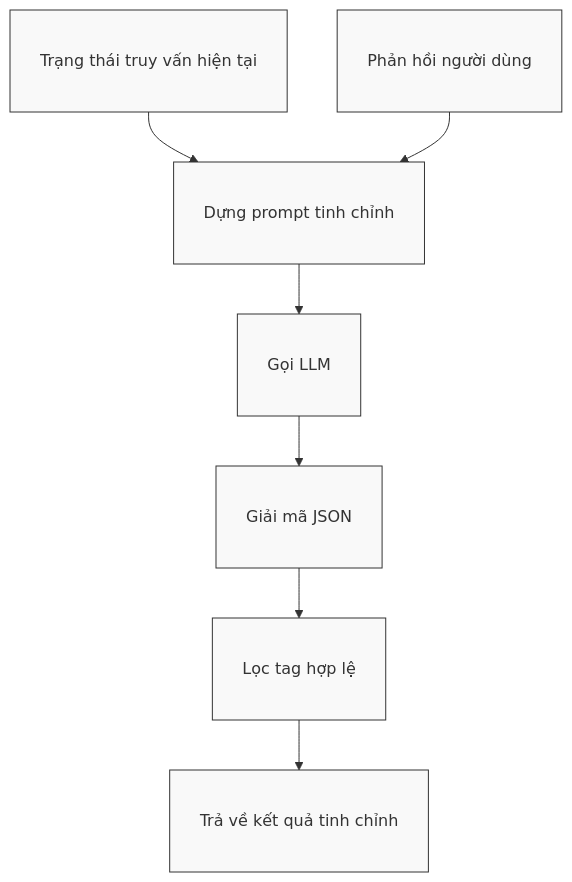
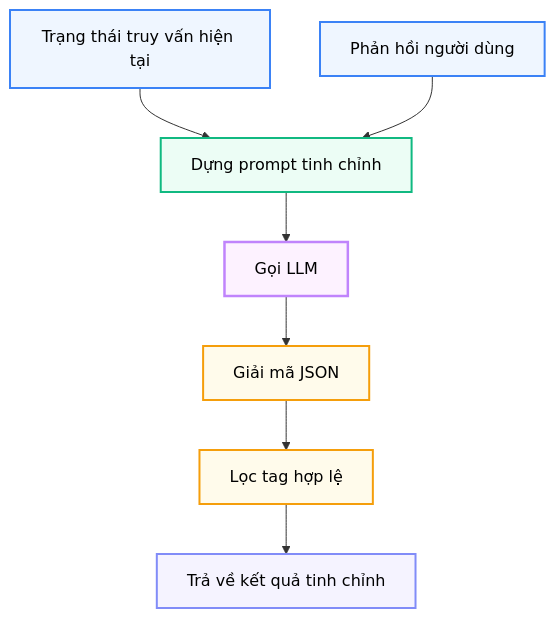
The diagram in docs/modules/n17_feedback_processing.md (ltk6/travel-exp-planner), drawn with Mermaid before and after one commit. The commit also changed 70 other files, not shown here.

````diff
--- a/docs/modules/n17_feedback_processing.md
+++ b/docs/modules/n17_feedback_processing.md
@@ -80,15 +80,16 @@
 ```mermaid
----
-config:
-  flowchart:
-    useMaxWidth: false
----
+%%{init: {'flowchart': {'useMaxWidth': false}}}%%
 graph TD
-    classDef default fill:#f9f9f9,stroke:#333,stroke-width:1px,padding-left:10px,padding-right:10px,white-space:nowrap;
-    A["Trạng thái truy vấn hiện tại"] --> B["Dựng prompt tinh chỉnh"]
-    C["Phản hồi người dùng"] --> B
-    B --> D["Gọi LLM"]
-    D --> E["Giải mã JSON"]
-    E --> F["Lọc tag hợp lệ"]
-    F --> G["Trả về kết quả tinh chỉnh"]
+    classDef client fill:#eff6ff,stroke:#3b82f6,stroke-width:2px,color:#000000;
+    classDef op fill:#ecfdf5,stroke:#10b981,stroke-width:2px,color:#000000;
+    classDef llm fill:#fdf2ff,stroke:#c084fc,stroke-width:2.5px,color:#000000;
+    classDef parse fill:#fffbeb,stroke:#f59e0b,stroke-width:2px,color:#000000;
+    classDef out fill:#f5f3ff,stroke:#818cf8,stroke-width:2px,color:#000000;
+    
+    A["Trạng thái truy vấn hiện tại"]:::client --> B["Dựng prompt tinh chỉnh"]:::op
+    C["Phản hồi người dùng"]:::client --> B
+    B --> D["Gọi LLM"]:::llm
+    D --> E["Giải mã JSON"]:::parse
+    E --> F["Lọc tag hợp lệ"]:::parse
+    F --> G["Trả về kết quả tinh chỉnh"]:::out
 ```
````
